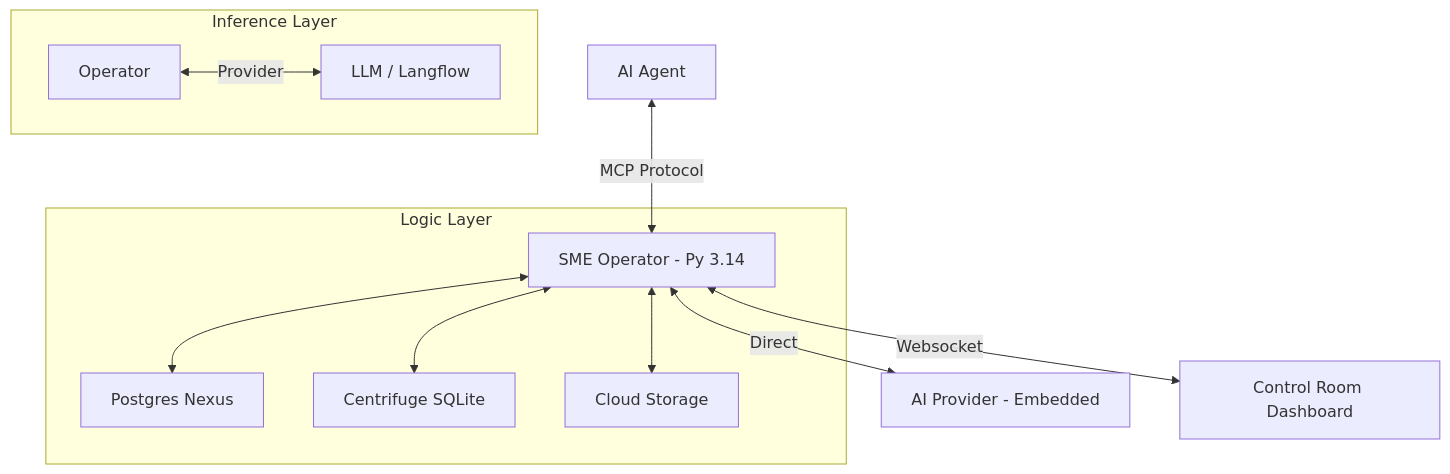
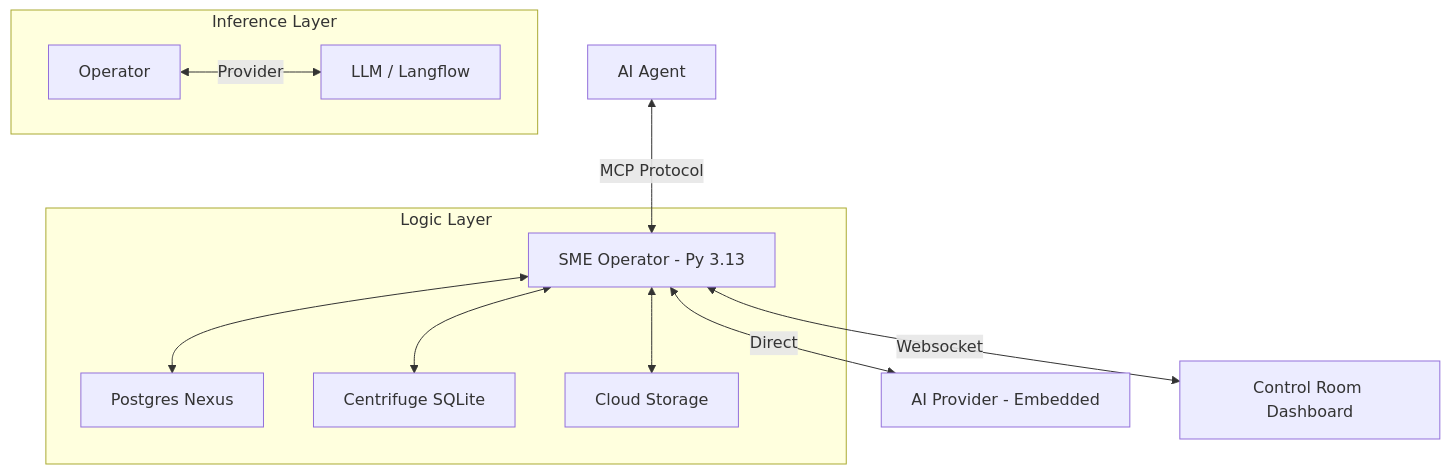
The first of 2 diagrams in README.md (SpectreDeath/Semantic-Memory-Engine), drawn with Mermaid before and after one commit. The commit also changed other lines of this file and 4839 other files, not shown here.

````diff
--- a/README.md
+++ b/README.md
@@ -71,16 +74,16 @@
 ```mermaid
 graph TD
-    Client[AI Agent] <-->|MCP Protocol| Op[SME Operator - Py 3.14]
+    Client[AI Agent] <-->|MCP Protocol| Op[SME Operator - Py 3.13]
     Op <-->|Direct| Provider[AI Provider - Embedded]
     Op <-->|Websocket| UI[Control Room Dashboard]
 
     subgraph Core [Logic Layer]
         Op <--> Nexus[Postgres Nexus]
         Op <--> Lab[Centrifuge SQLite]
         Op <--> Cloud[Cloud Storage]
     end
 
     subgraph AI [Inference Layer]
         Operator <-->|Provider| Model[LLM / Langflow]
     end
 ```
````
